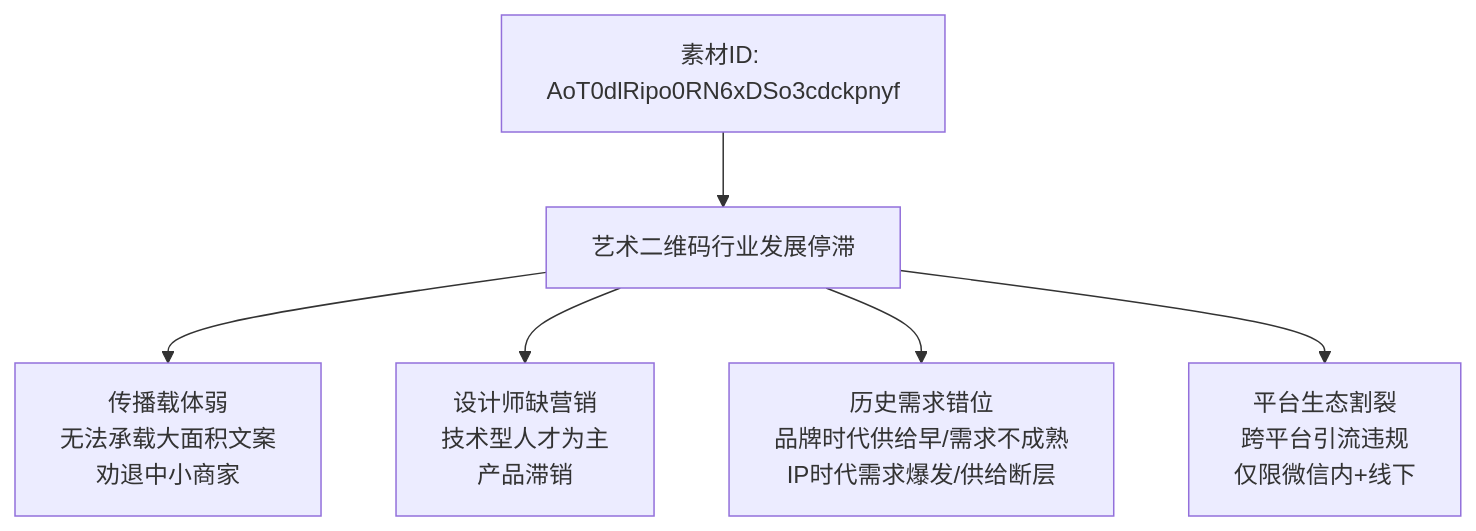
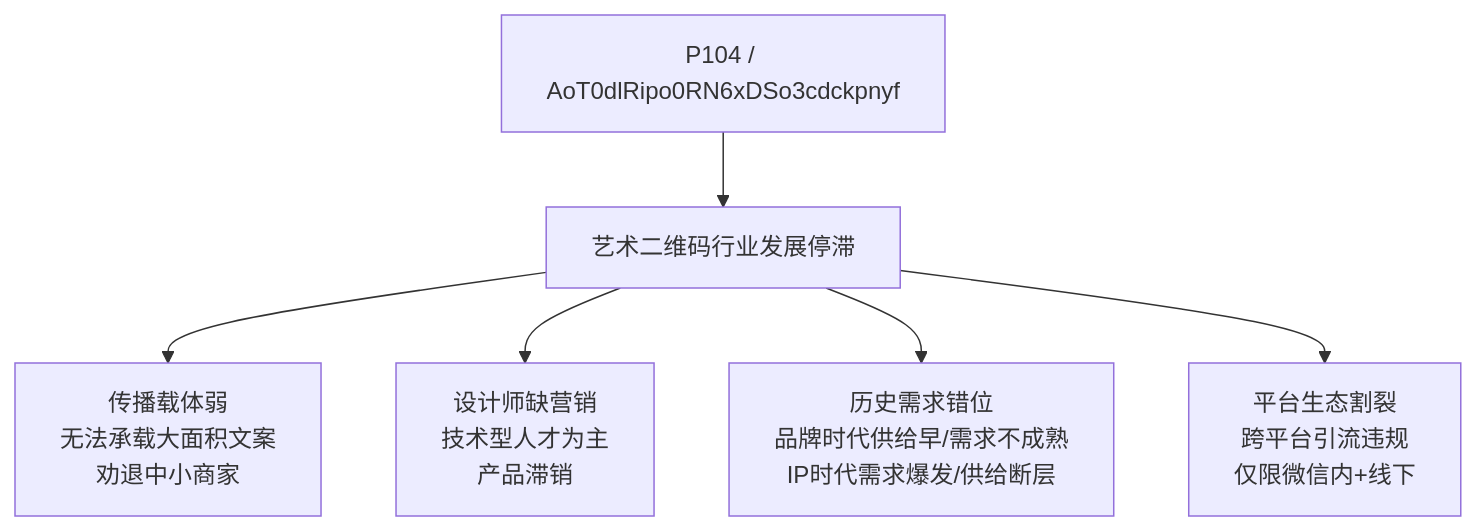
One commit to OpenDocCN1/flygon-zhuanqian-zhoubao changed the eighth of 8 diagrams in docs/202303_paper2textbook/chapter_059.md. Above: the diagram before and after it, drawn with Mermaid. The commit also changed other lines of this file and 2 other files, not shown here.

````diff
--- a/docs/202303_paper2textbook/chapter_059.md
+++ b/docs/202303_paper2textbook/chapter_059.md
@@ -357,8 +388,8 @@
 ```mermaid
 graph TD
-    P104[素材ID: AoT0dlRipo0RN6xDSo3cdckpnyf] --> Root[艺术二维码行业发展停滞]
+    P104[P104 / AoT0dlRipo0RN6xDSo3cdckpnyf] --> Root[艺术二维码行业发展停滞]
     Root --> C1[传播载体弱\n无法承载大面积文案\n劝退中小商家]
     Root --> C2[设计师缺营销\n技术型人才为主\n产品滞销]
     Root --> C3[历史需求错位\n品牌时代供给早/需求不成熟\nIP时代需求爆发/供给断层]
     Root --> C4[平台生态割裂\n跨平台引流违规\n仅限微信内+线下]
 ```
````
